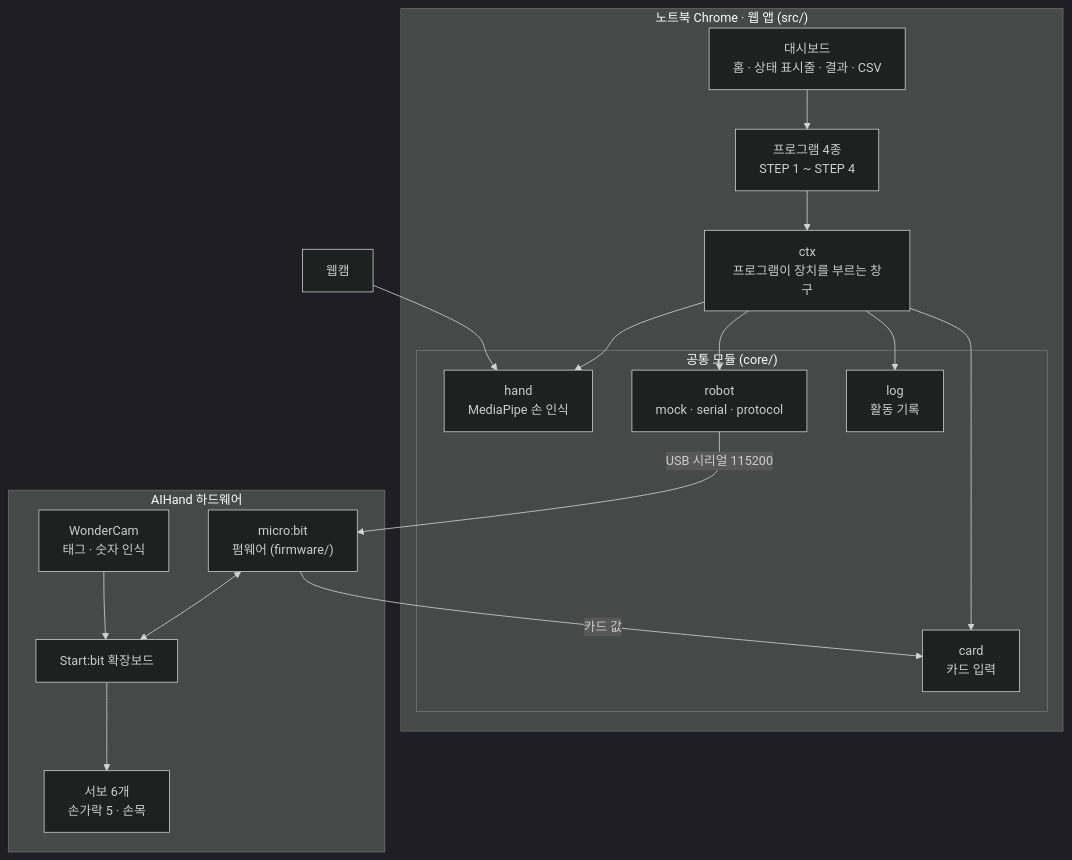
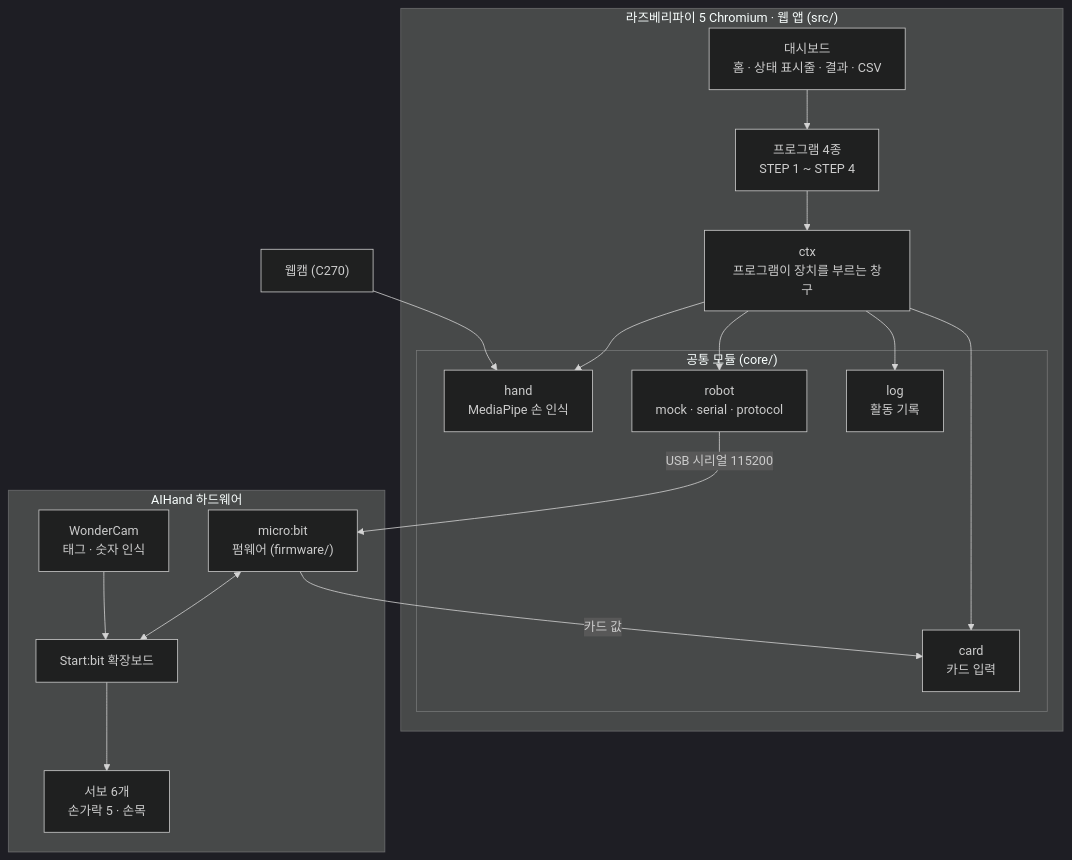
The diagram in README.md (namong118/aihand-care), drawn with Mermaid (dark theme) before and after one commit. The commit also changed other lines of this file and 19 other files, not shown here.

````diff
--- a/README.md
+++ b/README.md
@@ -30,30 +30,30 @@
 ```mermaid
 flowchart TB
-  subgraph WEB["노트북 Chrome · 웹 앱 (src/)"]
+  subgraph WEB["라즈베리파이 5 Chromium · 웹 앱 (src/)"]
     DASH["대시보드<br/>홈 · 상태 표시줄 · 결과 · CSV"]
     PROG["프로그램 4종<br/>STEP 1 ~ STEP 4"]
     CTX["ctx<br/>프로그램이 장치를 부르는 창구"]
     subgraph CORE["공통 모듈 (core/)"]
       HAND["hand<br/>MediaPipe 손 인식"]
       ROBOT["robot<br/>mock · serial · protocol"]
       CARD["card<br/>카드 입력"]
       LOG["log<br/>활동 기록"]
     end
     DASH --> PROG --> CTX
     CTX --> HAND & ROBOT & CARD & LOG
   end
 
-  CAM["웹캠"] --> HAND
+  CAM["웹캠 (C270)"] --> HAND
   ROBOT -- "USB 시리얼 115200" --> MB
   MB -- "카드 값" --> CARD
 
   subgraph HW["AIHand 하드웨어"]
     MB["micro:bit<br/>펌웨어 (firmware/)"]
     BOARD["Start:bit 확장보드"]
     SERVO["서보 6개<br/>손가락 5 · 손목"]
     WC["WonderCam<br/>태그 · 숫자 인식"]
     MB <--> BOARD
     BOARD --> SERVO
     WC --> BOARD
   end
 ```
````
